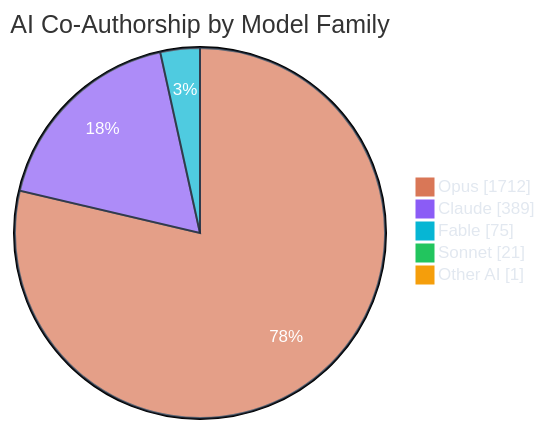
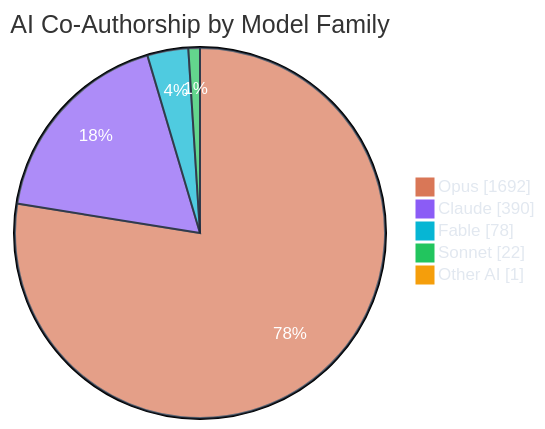
Before and after one commit to polo-nyan/polo-nyan: the third of 7 diagrams in README.md, drawn with Mermaid. The commit also changed other lines of this file and 1 other file, not shown here.

````diff
--- a/README.md
+++ b/README.md
@@ -279,10 +279,10 @@
 ```mermaid
 %%{init: {"theme": "base", "themeVariables": { "pie1": "#d97757", "pie2": "#8b5cf6", "pie3": "#06b6d4", "pie4": "#22c55e", "pie5": "#f59e0b", "pie6": "#ec4899", "pieTextColor": "#ffffff", "pieLegendTextColor": "#e2e8f0", "pieSectionTextColor": "#ffffff", "pieStrokeColor": "#1e293b" }}}%%
 pie showData
     title AI Co-Authorship by Model Family
-    "Opus" : 1712
-    "Claude" : 389
-    "Fable" : 75
-    "Sonnet" : 21
+    "Opus" : 1692
+    "Claude" : 390
+    "Fable" : 78
+    "Sonnet" : 22
     "Other AI" : 1
 ```
````
